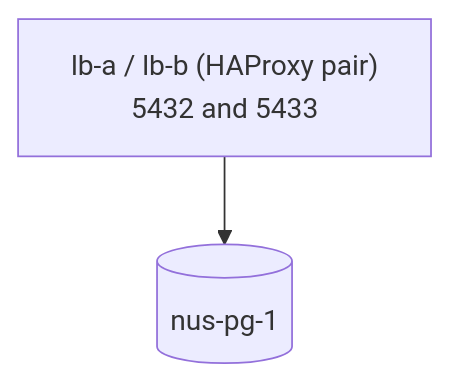
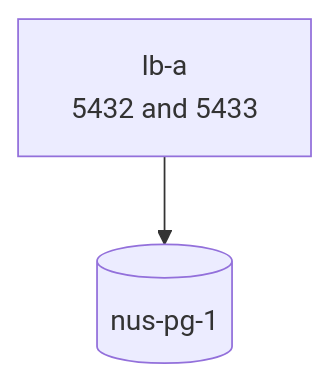
The fifth of 9 diagrams in README.md (bahman-farhadian/Meanul-Data-Studio), drawn with Mermaid before and after one commit. The commit also changed other lines of this file and 18 other files, not shown here.

````diff
--- a/README.md
+++ b/README.md
@@ -304,7 +301,7 @@
 ```mermaid
 graph TB
-    HAP["lb-a / lb-b (HAProxy pair)<br/>5432 and 5433"]
+    HAP["lb-a<br/>5432 and 5433"]
     PG[("nus-pg-1")]
 
     HAP --> PG
 ```
````
